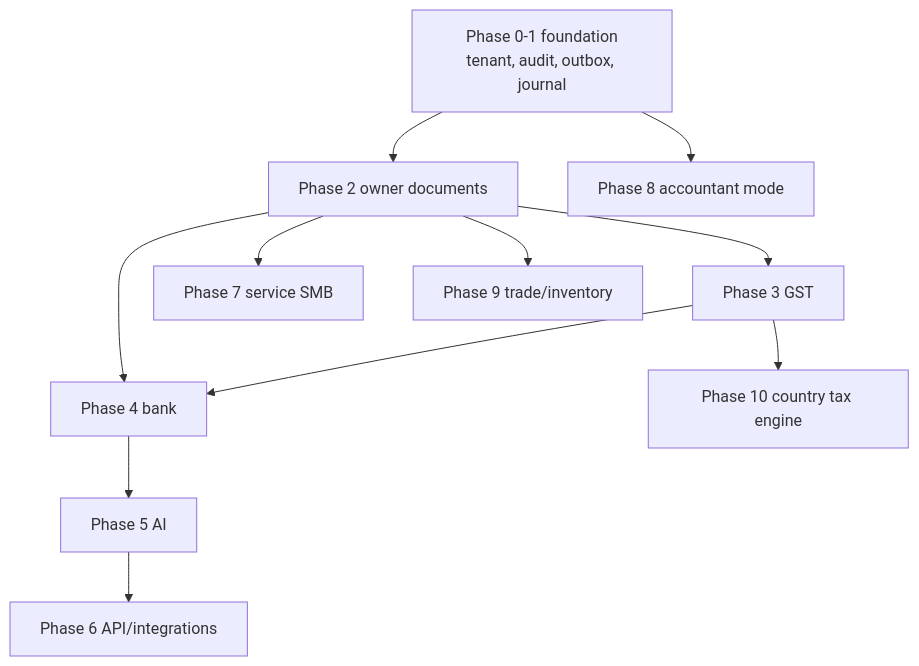
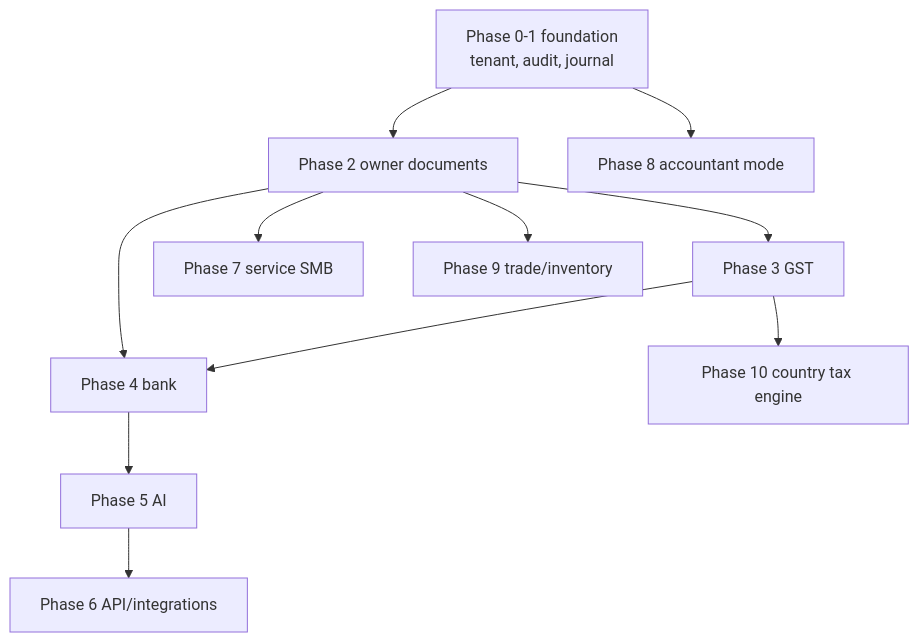
Before and after one commit to isherbuilds/edernal-books: the first of 2 diagrams in docs/superpowers/plans/2026-06-16-phases-02-10-roadmap-plans.md, drawn with Mermaid. The commit also changed other lines of this file and 110 other files, not shown here.

````diff
--- a/docs/superpowers/plans/2026-06-16-phases-02-10-roadmap-plans.md
+++ b/docs/superpowers/plans/2026-06-16-phases-02-10-roadmap-plans.md
@@ -31,13 +31,13 @@
 ```mermaid
 flowchart TD
-  Foundation["Phase 0-1 foundation<br/>tenant, audit, outbox, journal"] --> OwnerDocs["Phase 2 owner documents"]
+  Foundation["Phase 0-1 foundation<br/>tenant, audit, journal"] --> OwnerDocs["Phase 2 owner documents"]
   OwnerDocs --> GST["Phase 3 GST"]
   OwnerDocs --> Bank["Phase 4 bank"]
   GST --> Bank
   Bank --> AI["Phase 5 AI"]
   AI --> Integrations["Phase 6 API/integrations"]
   OwnerDocs --> Service["Phase 7 service SMB"]
   Foundation --> Accountant["Phase 8 accountant mode"]
   OwnerDocs --> Trade["Phase 9 trade/inventory"]
   GST --> TaxEngine["Phase 10 country tax engine"]
 ```
````
